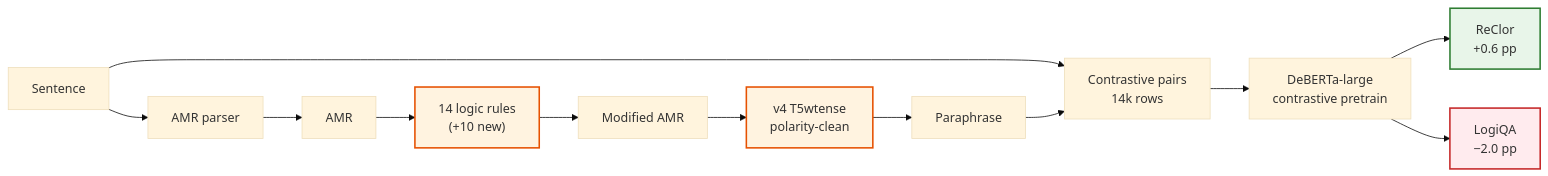
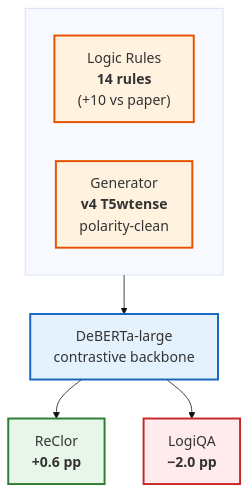
Before and after one commit to 14H034160212/Logical-Equivalence-driven-AMR-Data-Augmentation-for-Representation-Learning: the first of 3 diagrams in extensions/reports/index.md, drawn with Mermaid (base theme). The commit also changed other lines of this file and 1 other file, not shown here.

First line of the commit message:
docs+extensions: minimal core-modules diagram; v14 LeRC builder

````diff
--- a/extensions/reports/index.md
+++ b/extensions/reports/index.md
@@ -21,21 +21,20 @@
 ```mermaid
-flowchart LR
-    A[Sentence] --> B[AMR parser]
-    B --> C[AMR]
-    C --> D["14 logic rules<br/>(+10 new)"]
-    D --> E[Modified AMR]
-    E --> F[v4 T5wtense<br/>polarity-clean]
-    F --> G[Paraphrase]
-    A --> H[Contrastive pairs<br/>14k rows]
-    G --> H
-    H --> I[DeBERTa-large<br/>contrastive pretrain]
-    I --> J1[ReClor<br/>+0.6 pp]
-    I --> J2[LogiQA<br/>−2.0 pp]
+flowchart TB
+    subgraph X [" "]
+        direction LR
+        A["Logic Rules<br/><b>14 rules</b><br/>(+10 vs paper)"]
+        B["Generator<br/><b>v4 T5wtense</b><br/>polarity-clean"]
+    end
+    X --> C["DeBERTa-large<br/>contrastive backbone"]
+    C --> D1["ReClor<br/><b>+0.6 pp</b>"]
+    C --> D2["LogiQA<br/><b>−2.0 pp</b>"]
 
-    classDef new fill:#fff3e0,stroke:#e65100,stroke-width:2px
-    classDef win fill:#e8f5e9,stroke:#2e7d32,stroke-width:2px
-    classDef lose fill:#ffebee,stroke:#c62828,stroke-width:2px
-    class D,F new
-    class J1 win
-    class J2 lose
+    classDef new fill:#fff3e0,stroke:#e65100,stroke-width:2.5px,font-size:18px
+    classDef back fill:#e3f2fd,stroke:#1565c0,stroke-width:2.5px,font-size:18px
+    classDef win fill:#e8f5e9,stroke:#2e7d32,stroke-width:2.5px,font-size:18px
+    classDef lose fill:#ffebee,stroke:#c62828,stroke-width:2.5px,font-size:18px
+    class A,B new
+    class C back
+    class D1 win
+    class D2 lose
 ```
````
